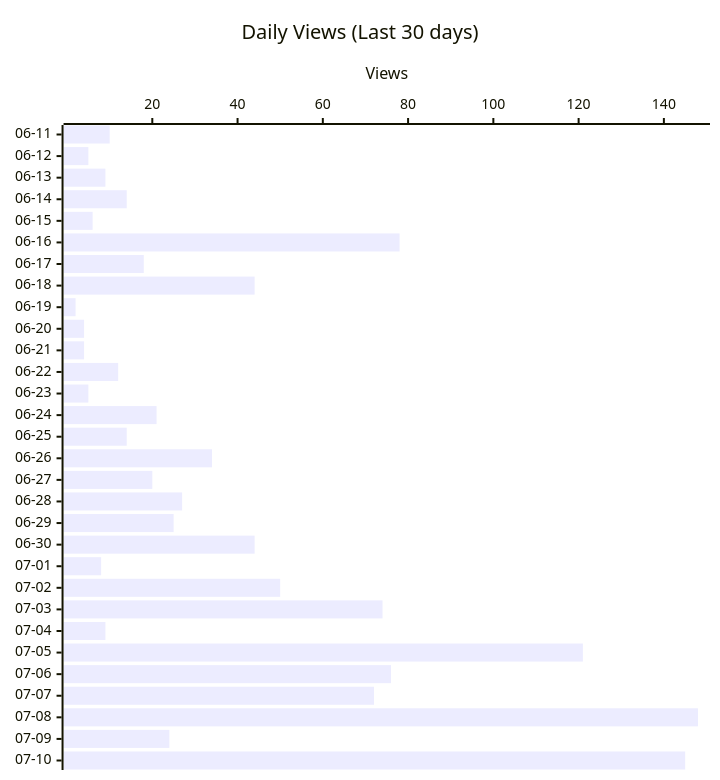
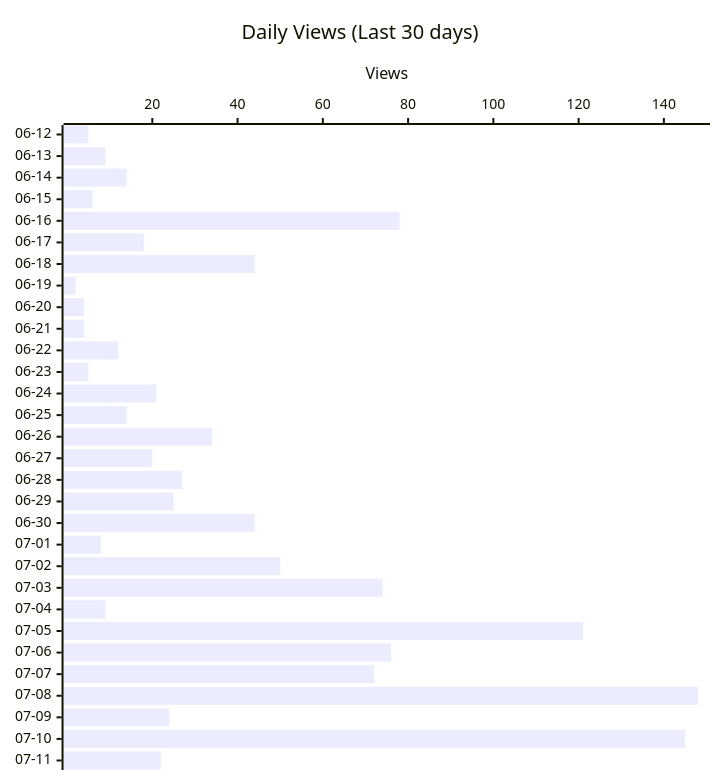
The second of 4 diagrams in README.md (shigechika/github-insights), drawn with Mermaid before and after one commit. The commit also changed other lines of this file and 2 other files, not shown here.

````diff
--- a/README.md
+++ b/README.md
@@ -28,12 +28,12 @@
 ```mermaid
 ---
 config:
   xyChart:
     height: 760
 ---
 xychart-beta horizontal
     title "Daily Views (Last 30 days)"
-    x-axis ["06-11", "06-12", "06-13", "06-14", "06-15", "06-16", "06-17", "06-18", "06-19", "06-20", "06-21", "06-22", "06-23", "06-24", "06-25", "06-26", "06-27", "06-28", "06-29", "06-30", "07-01", "07-02", "07-03", "07-04", "07-05", "07-06", "07-07", "07-08", "07-09", "07-10"]
+    x-axis ["06-12", "06-13", "06-14", "06-15", "06-16", "06-17", "06-18", "06-19", "06-20", "06-21", "06-22", "06-23", "06-24", "06-25", "06-26", "06-27", "06-28", "06-29", "06-30", "07-01", "07-02", "07-03", "07-04", "07-05", "07-06", "07-07", "07-08", "07-09", "07-10", "07-11"]
     y-axis "Views"
-    bar [10, 5, 9, 14, 6, 78, 18, 44, 2, 4, 4, 12, 5, 21, 14, 34, 20, 27, 25, 44, 8, 50, 74, 9, 121, 76, 72, 148, 24, 145]
+    bar [5, 9, 14, 6, 78, 18, 44, 2, 4, 4, 12, 5, 21, 14, 34, 20, 27, 25, 44, 8, 50, 74, 9, 121, 76, 72, 148, 24, 145, 22]
 ```
````
